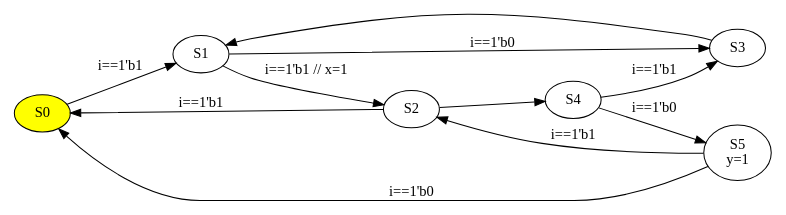
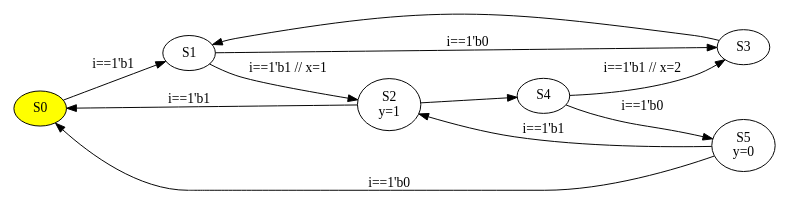
One commit to balanx/FsmLog changed the diagram in example/test.gv. Above: the diagram before and after it, drawn with Graphviz. The commit also changed 4 other files, not shown here.

```diff
--- a/example/test.gv
+++ b/example/test.gv
@@ -1,20 +1,20 @@
 digraph fsmlog {
 rankdir=LR
 size="8,5"
 S0 [style=filled fillcolor=yellow label="S0"]
 S1 [label="S1"]
-S2 [label="S2"]
+S2 [label="S2\ny=1"]
 S3 [label="S3"]
 S4 [label="S4"]
-S5 [label="S5\ny=1"]
+S5 [label="S5\ny=0"]
 S0->S1[label="i==1'b1"]
 S1->S2[label="i==1'b1 // x=1"]
 S1->S3[label="i==1'b0"]
 S2->S0[label="i==1'b1"]
 S2->S4[label=""]
 S3->S1
 S4->S5[label="i==1'b0"]
-S4->S3[label="i==1'b1"]
+S4->S3[label="i==1'b1 // x=2"]
 S5->S0[label="i==1'b0"]
 S5->S2[label="i==1'b1"]
 }
```
